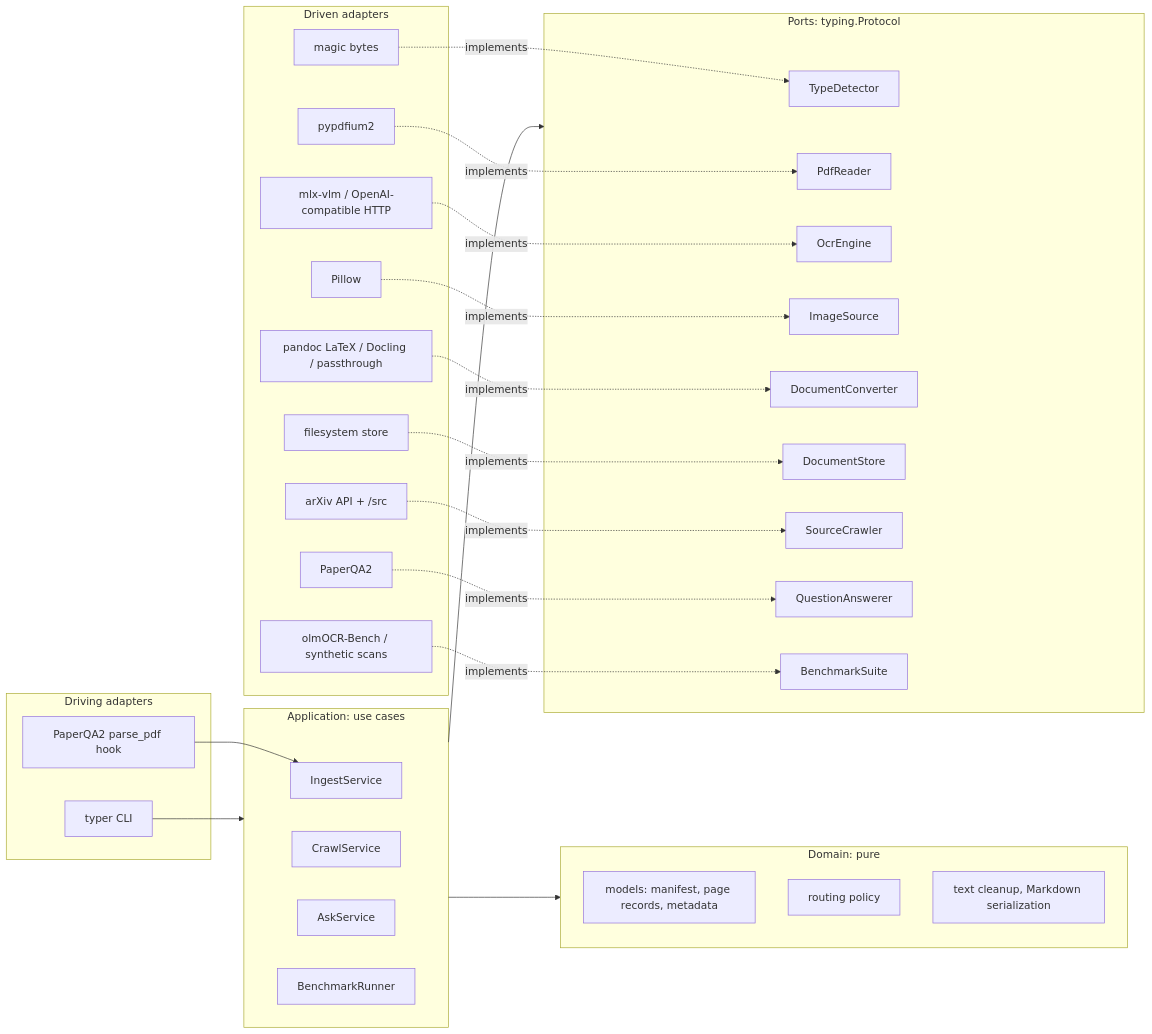
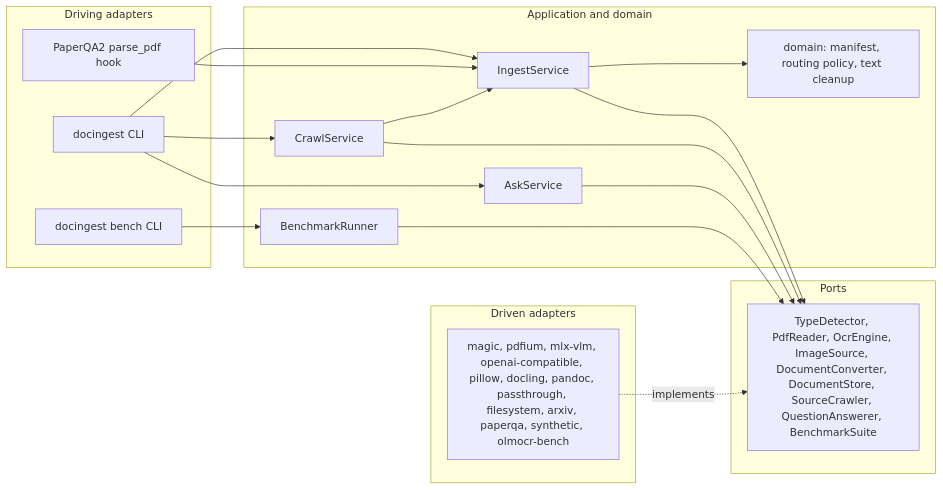
The second of 18 diagrams in docs/architecture.md (etxsA/doc-ingest), drawn with Mermaid before and after one commit. The commit also changed other lines of this file and 18 other files, not shown here.

````diff
--- a/docs/architecture.md
+++ b/docs/architecture.md
@@ -5,53 +85,33 @@
 ```mermaid
 flowchart LR
-    subgraph driving[Driving adapters]
-        CLI[typer CLI]
-        HOOK[PaperQA2 parse_pdf hook]
+    subgraph DRIVING["Driving adapters"]
+        CLI["docingest CLI"]
+        BCLI["docingest bench CLI"]
+        HOOK["PaperQA2 parse_pdf hook"]
     end
-    subgraph app[Application: use cases]
-        ING[IngestService]
-        CRAWL[CrawlService]
-        ASK[AskService]
-        BENCH[BenchmarkRunner]
+    subgraph CORE["Application and domain"]
+        ING["IngestService"]
+        CRW["CrawlService"]
+        ASK["AskService"]
+        RUN["BenchmarkRunner"]
+        DOM["domain: manifest, routing policy, text cleanup"]
     end
-    subgraph dom[Domain: pure]
-        MOD[models: manifest, page records, metadata]
-        POL[routing policy]
-        TXT[text cleanup, Markdown serialization]
+    subgraph PORTS["Ports"]
+        PP["TypeDetector, PdfReader, OcrEngine, ImageSource, DocumentConverter, DocumentStore, SourceCrawler, QuestionAnswerer, BenchmarkSuite"]
     end
-    subgraph ports[Ports: typing.Protocol]
-        P1[TypeDetector]
-        P2[PdfReader]
-        P3[OcrEngine]
-        P4[ImageSource]
-        P5[DocumentConverter]
-        P6[DocumentStore]
-        P7[SourceCrawler]
-        P8[QuestionAnswerer]
-        P9[BenchmarkSuite]
+    subgraph DRIVEN["Driven adapters"]
+        IMPL["magic, pdfium, mlx-vlm, openai-compatible, pillow, docling, pandoc, passthrough, filesystem, arxiv, paperqa, synthetic, olmocr-bench"]
     end
-    subgraph driven[Driven adapters]
-        A1[magic bytes]
-        A2[pypdfium2]
-        A3[mlx-vlm / OpenAI-compatible HTTP]
-        A4[Pillow]
-        A5[pandoc LaTeX / Docling / passthrough]
-        A6[filesystem store]
-        A7[arXiv API + /src]
-        A8[PaperQA2]
-        A9[olmOCR-Bench / synthetic scans]
-    end
-    CLI --> app
+    CLI --> ING
+    CLI --> CRW
+    CLI --> ASK
     HOOK --> ING
-    app --> dom
-    app --> ports
-    A1 -.implements.-> P1
-    A2 -.implements.-> P2
-    A3 -.implements.-> P3
-    A4 -.implements.-> P4
-    A5 -.implements.-> P5
-    A6 -.implements.-> P6
-    A7 -.implements.-> P7
-    A8 -.implements.-> P8
-    A9 -.implements.-> P9
+    BCLI --> RUN
+    ING --> DOM
+    CRW --> ING
+    ING --> PP
+    CRW --> PP
+    ASK --> PP
+    RUN --> PP
+    IMPL -.->|"implements"| PP
 ```
````
